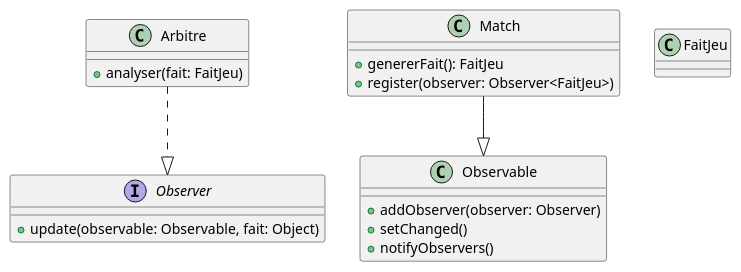
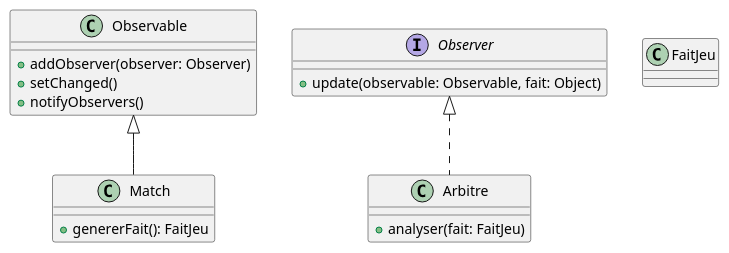
One commit to jandry/design-pattern changed the diagram in src/uml/observerJava.puml. Above: the diagram before and after it, drawn with PlantUML.

Commit message:
remove TODO

```diff
--- a/src/uml/observerJava.puml
+++ b/src/uml/observerJava.puml
@@ -1,27 +1,26 @@
 @startuml Observer
 
 interface Observer {
     + update(observable: Observable, fait: Object)
 }
 
 class Observable {
     + addObserver(observer: Observer)
     + setChanged()
     + notifyObservers()
 }
 
 class Match {
     + genererFait(): FaitJeu
-    + register(observer: Observer<FaitJeu>)
 }
 
 class FaitJeu
 
 class Arbitre {
     + analyser(fait: FaitJeu)
 }
 
-Arbitre..|>Observer
-Match--|>Observable
+Arbitre .up.|> Observer
+Match -up-|> Observable
 
 @enduml
```
